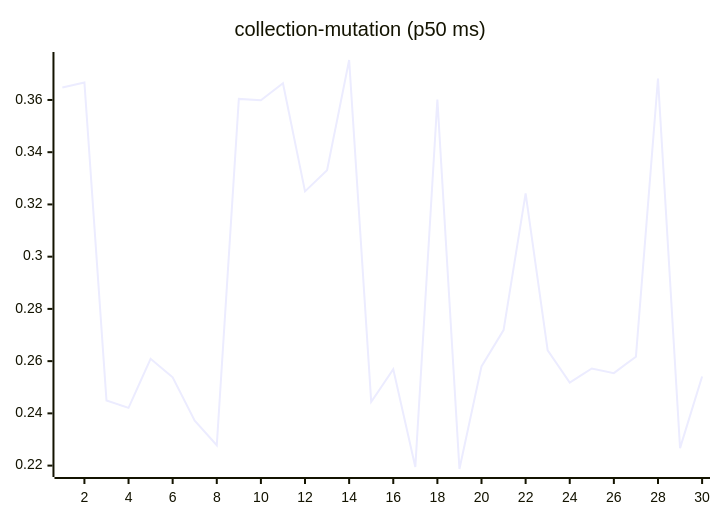
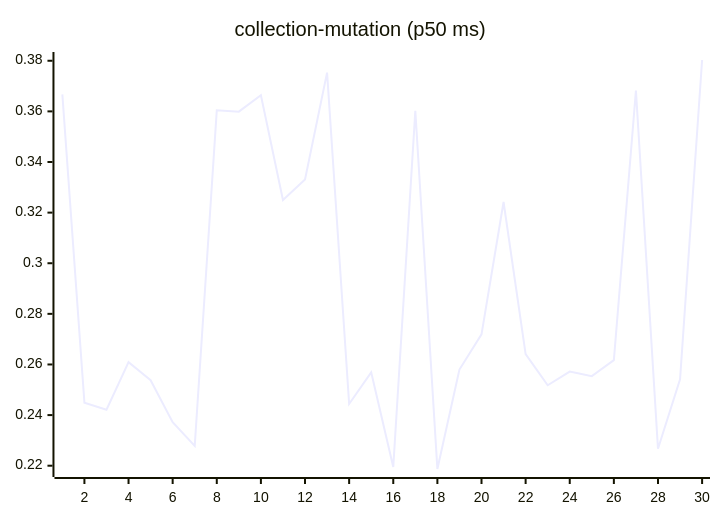
Before and after one commit to josha/Facet: the sixth of 27 diagrams in README.md, drawn with Mermaid. The commit also changed other lines of this file and 2 other files, not shown here.

````diff
--- a/README.md
+++ b/README.md
@@ -98,6 +98,6 @@
 ```mermaid
 xychart-beta
     title "collection-mutation (p50 ms)"
     x-axis 1 --> 30
-    line [0.3648, 0.3667, 0.2449, 0.2421, 0.2609, 0.2538, 0.2372, 0.2278, 0.3604, 0.3599, 0.3664, 0.3250, 0.3331, 0.3753, 0.2444, 0.2569, 0.2195, 0.3602, 0.2187, 0.2580, 0.2719, 0.3242, 0.2641, 0.2518, 0.2572, 0.2554, 0.2617, 0.3682, 0.2267, 0.2541]
+    line [0.3667, 0.2449, 0.2421, 0.2609, 0.2538, 0.2372, 0.2278, 0.3604, 0.3599, 0.3664, 0.3250, 0.3331, 0.3753, 0.2444, 0.2569, 0.2195, 0.3602, 0.2187, 0.2580, 0.2719, 0.3242, 0.2641, 0.2518, 0.2572, 0.2554, 0.2617, 0.3682, 0.2267, 0.2541, 0.3803]
 ```
````
